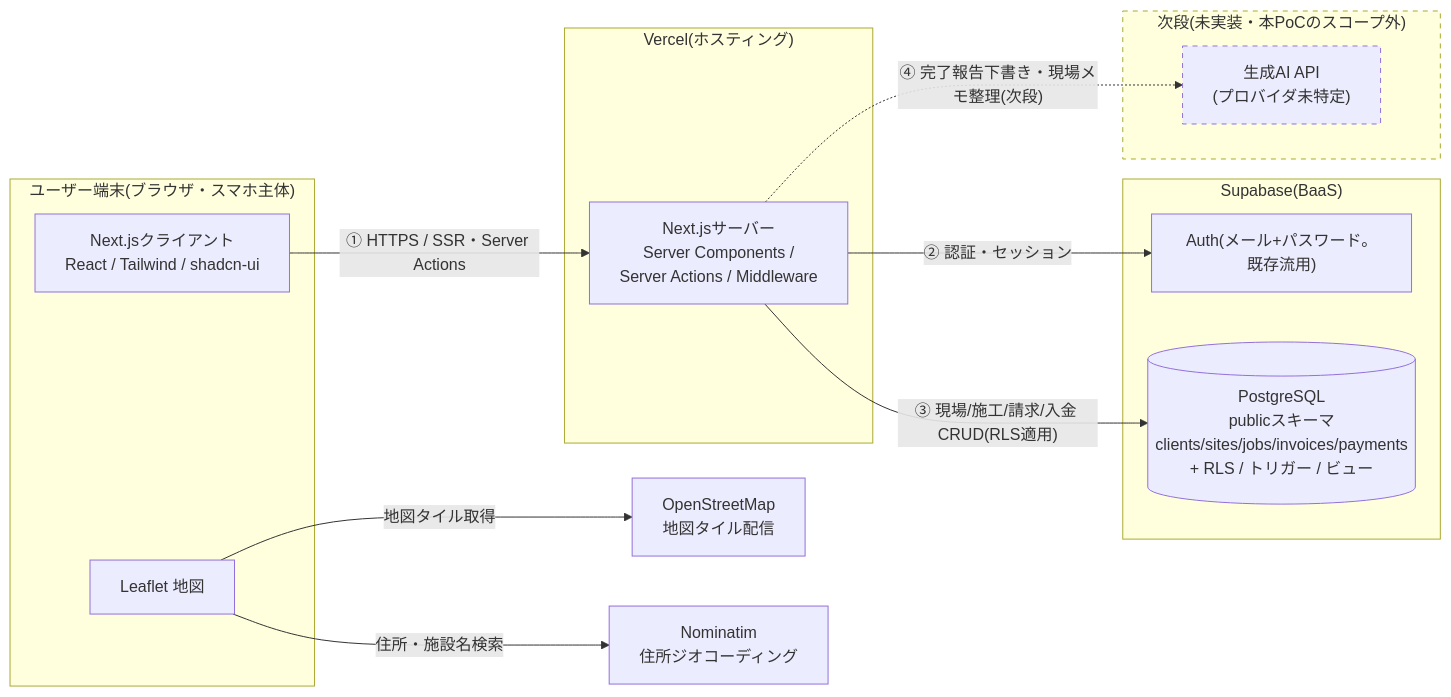
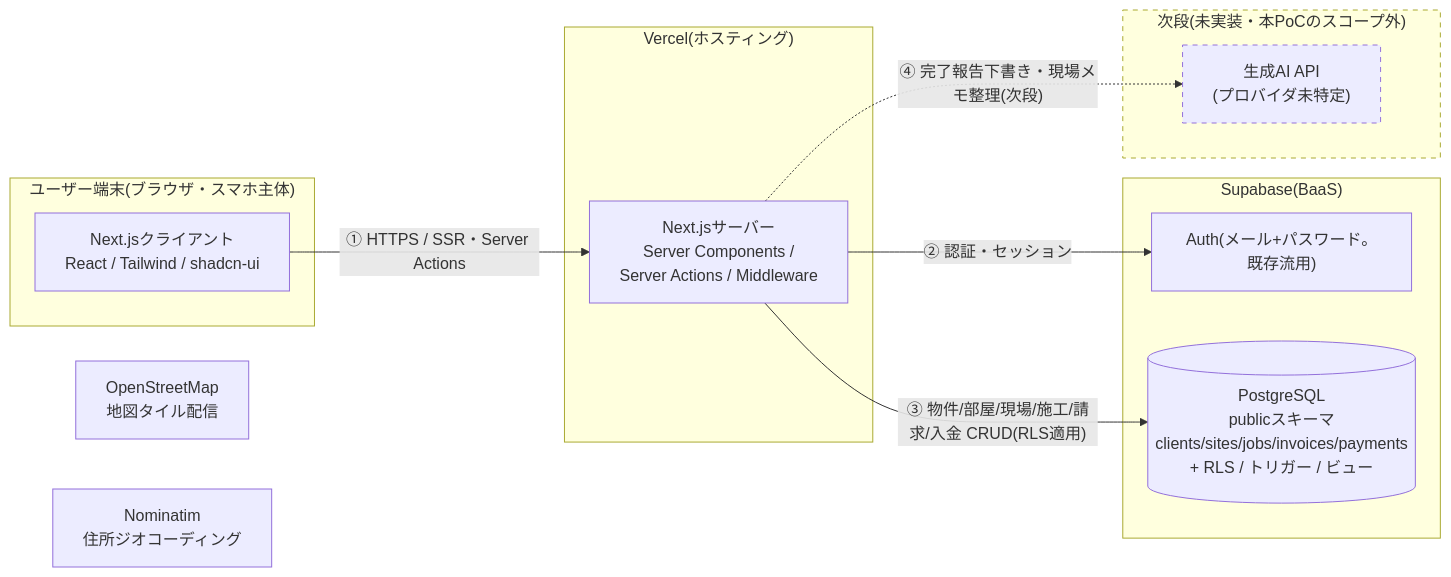
Before and after one commit to mikanoooosub-commits/genba-daicho-poc: the diagram in docs/architecture.md, drawn with Mermaid. The commit also changed other lines of this file and 51 other files, not shown here.

````diff
--- a/docs/architecture.md
+++ b/docs/architecture.md
@@ -10,33 +10,30 @@
 ```mermaid
 flowchart LR
   subgraph Browser["ユーザー端末(ブラウザ・スマホ主体)"]
     Client["Next.jsクライアント\nReact / Tailwind / shadcn-ui"]
-    Leaflet["Leaflet 地図"]
   end
 
   subgraph VercelBox["Vercel(ホスティング)"]
     Server["Next.jsサーバー\nServer Components /\nServer Actions / Middleware"]
   end
 
   subgraph SupabaseBox["Supabase(BaaS)"]
     Auth["Auth(メール+パスワード。既存流用)"]
     PG[("PostgreSQL\npublicスキーマ\nclients/sites/jobs/invoices/payments\n+ RLS / トリガー / ビュー")]
   end
 
   OSM["OpenStreetMap\n地図タイル配信"]
   Nominatim["Nominatim\n住所ジオコーディング"]
 
   subgraph Future["次段(未実装・本PoCのスコープ外)"]
     LLM["生成AI API\n(プロバイダ未特定)"]
   end
 
   Client -->|"① HTTPS / SSR・Server Actions"| Server
-  Leaflet -->|"地図タイル取得"| OSM
-  Leaflet -->|"住所・施設名検索"| Nominatim
   Server -->|"② 認証・セッション"| Auth
-  Server -->|"③ 現場/施工/請求/入金 CRUD(RLS適用)"| PG
+  Server -->|"③ 物件/部屋/現場/施工/請求/入金 CRUD(RLS適用)"| PG
   Server -.->|"④ 完了報告下書き・現場メモ整理(次段)"| LLM
 
   style Future stroke-dasharray: 5 5
   style LLM stroke-dasharray: 5 5
 ```
````
